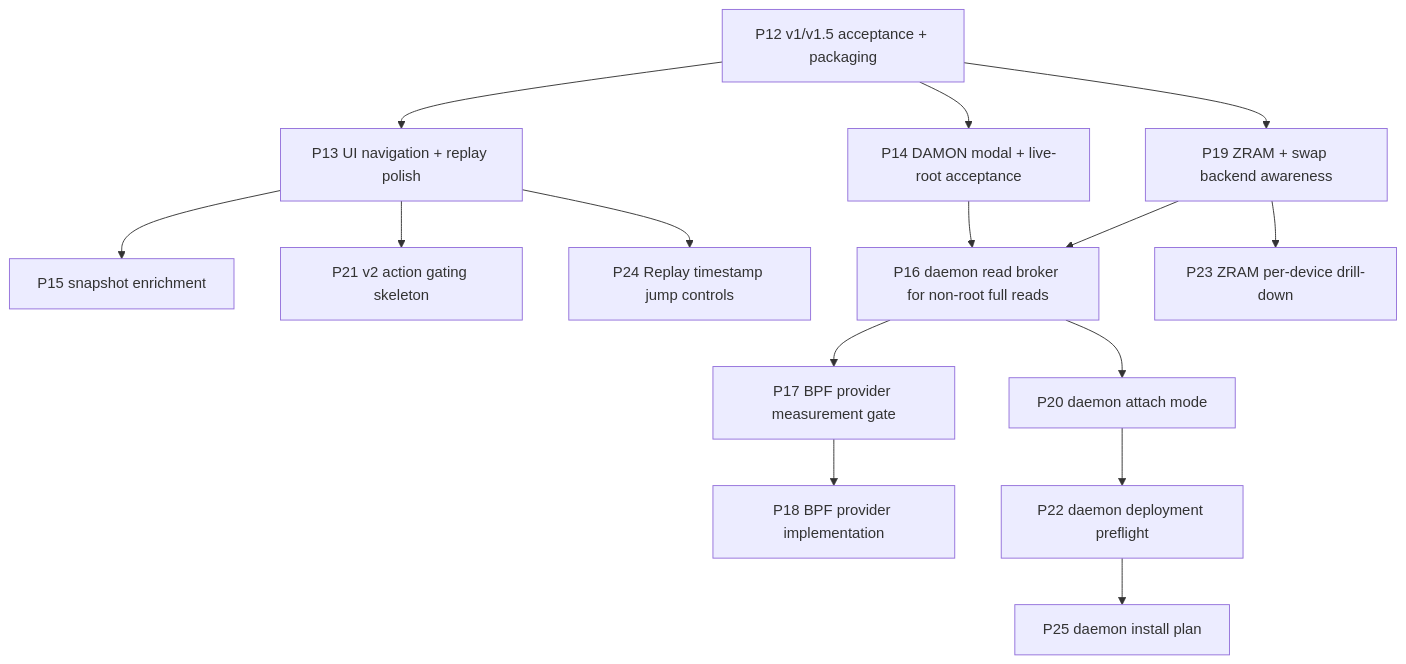
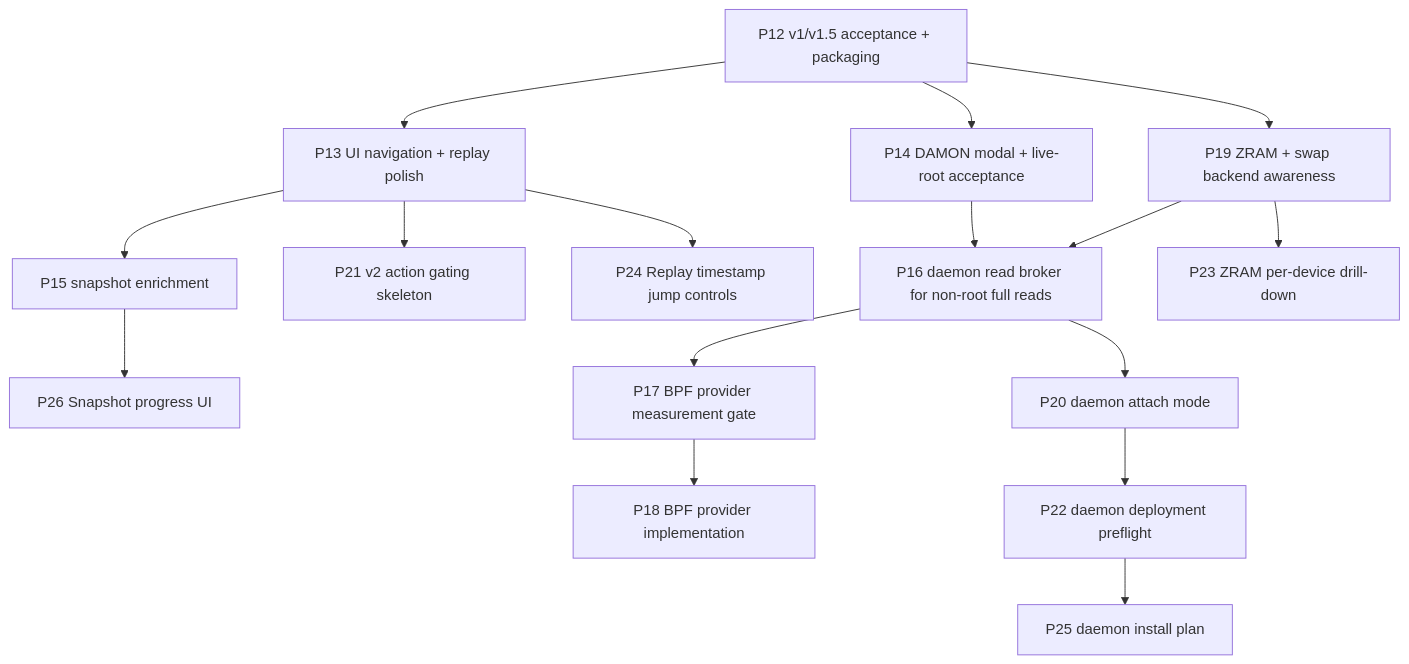
One commit to volkb79-2/vbpub changed the diagram in groop/docs/ROADMAP.md. Above: the diagram before and after it, drawn with Mermaid. The commit also changed other lines of this file and 2 other files, not shown here.

Commit message:
docs(groop): carve P26 snapshot progress handoff

````diff
--- a/groop/docs/ROADMAP.md
+++ b/groop/docs/ROADMAP.md
@@ -27,17 +27,18 @@
 ```mermaid
 flowchart TD
     P12[P12 v1/v1.5 acceptance + packaging] --> P13[P13 UI navigation + replay polish]
     P12 --> P14[P14 DAMON modal + live-root acceptance]
     P13 --> P15[P15 snapshot enrichment]
     P12 --> P19[P19 ZRAM + swap backend awareness]
     P19 --> P16[P16 daemon read broker for non-root full reads]
     P14 --> P16
     P16 --> P17[P17 BPF provider measurement gate]
     P17 --> P18[P18 BPF provider implementation]
     P16 --> P20[P20 daemon attach mode]
     P20 --> P22[P22 daemon deployment preflight]
     P22 --> P25[P25 daemon install plan]
     P13 --> P21[P21 v2 action gating skeleton]
     P19 --> P23[P23 ZRAM per-device drill-down]
     P13 --> P24[P24 Replay timestamp jump controls]
+    P15 --> P26[P26 Snapshot progress UI]
 ```
````
